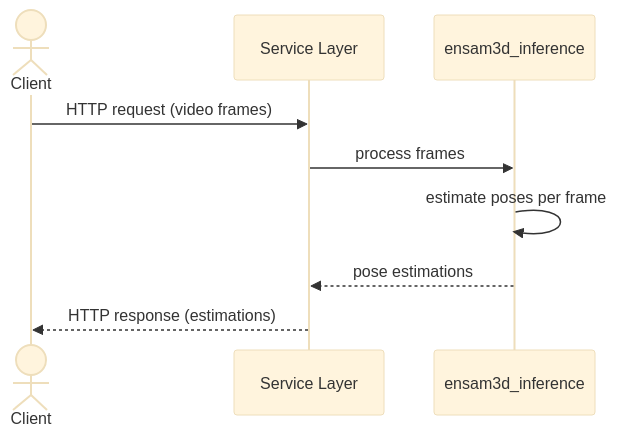
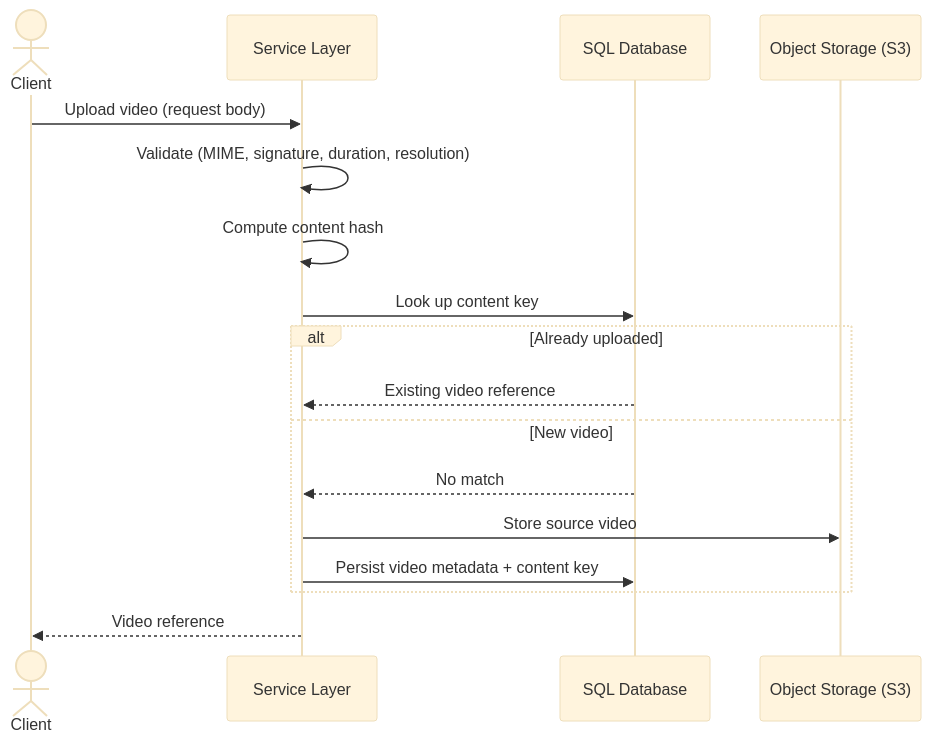
The first of 3 diagrams in docs/01-concept.md (Sierra-Arn/pose-estimation-service), drawn with Mermaid (base theme) before and after one commit. The commit also changed other lines of this file and 16 other files, not shown here.

````diff
--- a/docs/01-concept.md
+++ b/docs/01-concept.md
@@ -36,12 +69,22 @@
 ```mermaid
 sequenceDiagram
     actor C as Client
     participant S as Service Layer
-    participant E as ensam3d_inference
+    participant DB as SQL Database
+    participant OS as Object Storage (S3)
 
-    C->>S: HTTP request (video frames)
-    S->>E: process frames
-    E->>E: estimate poses per frame
-    E-->>S: pose estimations
-    S-->>C: HTTP response (estimations)
+    C->>S: Upload video (request body)
+    S->>S: Validate (MIME, signature, duration, resolution)
+    S->>S: Compute content hash
+    S->>DB: Look up content key
+
+    alt Already uploaded
+        DB-->>S: Existing video reference
+    else New video
+        DB-->>S: No match
+        S->>OS: Store source video
+        S->>DB: Persist video metadata + content key
+    end
+
+    S-->>C: Video reference
 ```
````
